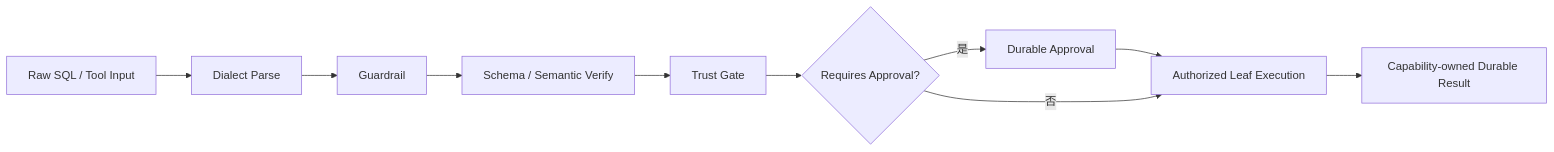
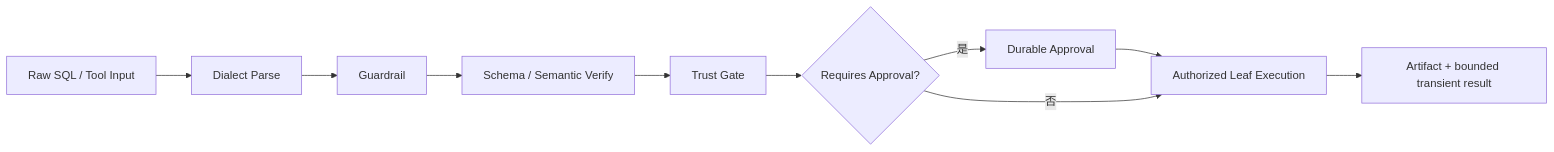
One commit to trrueee/DBFox changed the fourth of 8 diagrams in docs/architecture/backend.md. Above: the diagram before and after it, drawn with Mermaid. The commit also changed other lines of this file and 86 other files, not shown here.

````diff
--- a/docs/architecture/backend.md
+++ b/docs/architecture/backend.md
@@ -120,12 +133,12 @@
 ```mermaid
 flowchart LR
   RAW["Raw SQL / Tool Input"] --> PARSE["Dialect Parse"]
   PARSE --> GUARD["Guardrail"]
   GUARD --> SEMANTIC["Schema / Semantic Verify"]
   SEMANTIC --> TRUST["Trust Gate"]
   TRUST --> POLICY{"Requires Approval?"}
   POLICY -->|"是"| APPROVAL["Durable Approval"]
   APPROVAL --> EXEC["Authorized Leaf Execution"]
   POLICY -->|"否"| EXEC
-  EXEC --> RESULT["Capability-owned Durable Result"]
+  EXEC --> RESULT["Artifact + bounded transient result"]
 ```
````
